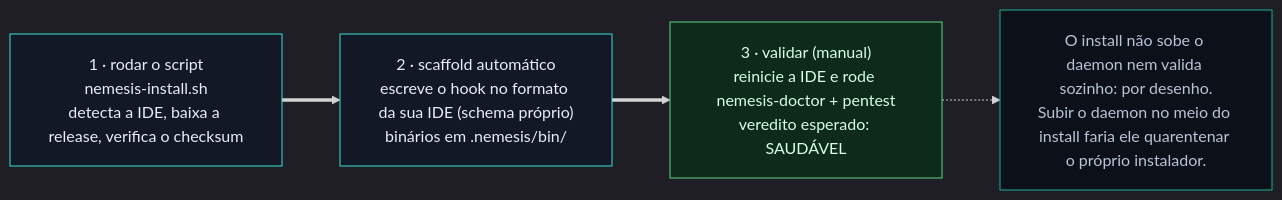
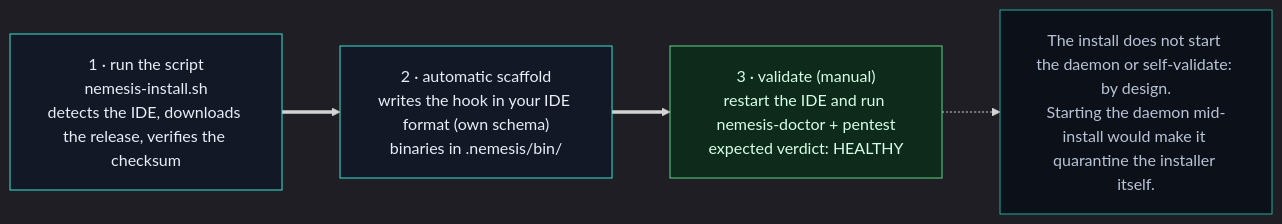
One commit to feryamaha/Nemesis_Defender_v0 changed the diagram in onboarding/diagramas/instalacao-3-passos.mmd. Above: the diagram before and after it, drawn with Mermaid. The commit also changed 67 other files, not shown here.

```diff
--- a/onboarding/diagramas/instalacao-3-passos.mmd
+++ b/onboarding/diagramas/instalacao-3-passos.mmd
@@ -1,12 +1,12 @@
 %%{init: {"theme":"dark", "flowchart": {"htmlLabels": true, "curve": "basis", "padding": 18, "nodeSpacing": 50, "rankSpacing": 58}}}%%
 flowchart LR
-P1["1 · rodar o script<br/>nemesis-install.sh<br/>detecta a IDE, baixa a release, verifica o checksum"] ==> P2["2 · scaffold automático<br/>escreve o hook no formato da sua IDE (schema próprio)<br/>binários em .nemesis/bin/"]
-P2 ==> P3["3 · validar (manual)<br/>reinicie a IDE e rode nemesis-doctor + pentest<br/>veredito esperado: SAUDÁVEL"]
-P3 -.-> N["O install não sobe o daemon nem valida sozinho: por desenho.<br/>Subir o daemon no meio do install faria ele quarentenar o próprio instalador."]
+P1["1 · run the script<br/>nemesis-install.sh<br/>detects the IDE, downloads the release, verifies the checksum"] ==> P2["2 · automatic scaffold<br/>writes the hook in your IDE format (own schema)<br/>binaries in .nemesis/bin/"]
+P2 ==> P3["3 · validate (manual)<br/>restart the IDE and run nemesis-doctor + pentest<br/>expected verdict: HEALTHY"]
+P3 -.-> N["The install does not start the daemon or self-validate: by design.<br/>Starting the daemon mid-install would make it quarantine the installer itself."]
 
 classDef step fill:#121826,stroke:#38e1d3,color:#e8edf6;
 classDef ok fill:#0e2a1a,stroke:#5fd38a,color:#d7ffe6;
 classDef note fill:#0c1019,stroke:#21a99e,color:#b8c4d6;
 class P1,P2 step;
 class P3 ok;
 class N note;
```
